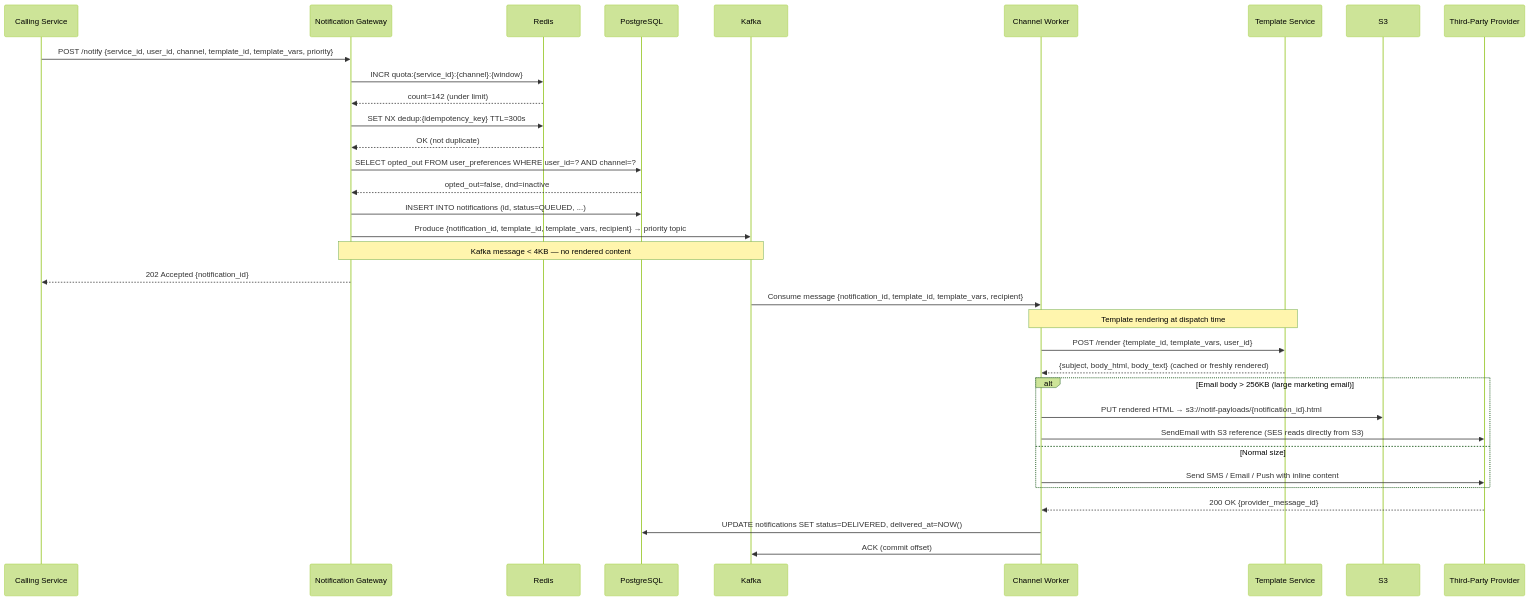
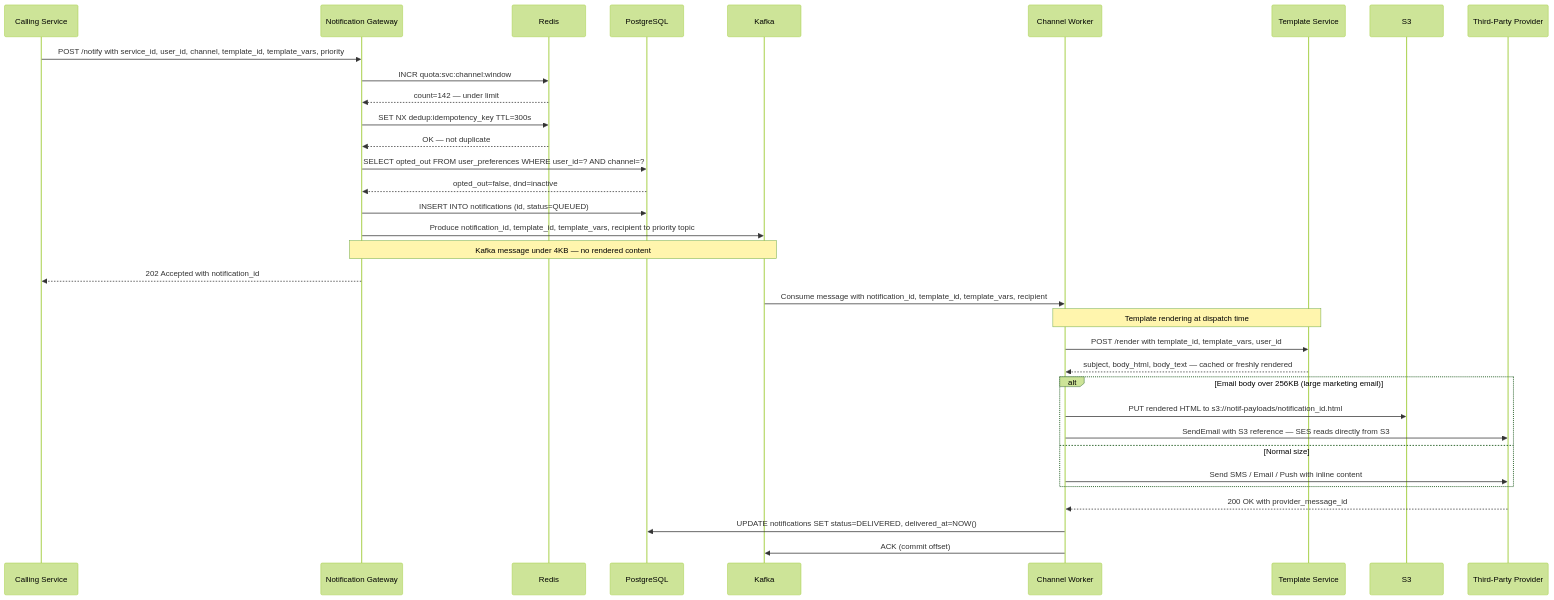
One commit to bindian0509/system-design changed the second of 4 diagrams in notification-service/design/system-architecture.md. Above: the diagram before and after it, drawn with Mermaid (forest theme). The commit also changed other lines of this file and 9 other files, not shown here.

Commit message:
fixing mermaid

````diff
--- a/notification-service/design/system-architecture.md
+++ b/notification-service/design/system-architecture.md
@@ -116,46 +116,46 @@
 ```mermaid
 sequenceDiagram
     participant Caller as Calling Service
     participant GW as Notification Gateway
     participant Redis as Redis
     participant PG as PostgreSQL
     participant Kafka as Kafka
     participant Worker as Channel Worker
     participant TS as Template Service
     participant S3 as S3
     participant Provider as Third-Party Provider
 
-    Caller->>GW: POST /notify {service_id, user_id, channel, template_id, template_vars, priority}
+    Caller->>GW: POST /notify with service_id, user_id, channel, template_id, template_vars, priority
 
-    GW->>Redis: INCR quota:{service_id}:{channel}:{window}
-    Redis-->>GW: count=142 (under limit)
+    GW->>Redis: INCR quota:svc:channel:window
+    Redis-->>GW: count=142 — under limit
 
-    GW->>Redis: SET NX dedup:{idempotency_key} TTL=300s
-    Redis-->>GW: OK (not duplicate)
+    GW->>Redis: SET NX dedup:idempotency_key TTL=300s
+    Redis-->>GW: OK — not duplicate
 
     GW->>PG: SELECT opted_out FROM user_preferences WHERE user_id=? AND channel=?
     PG-->>GW: opted_out=false, dnd=inactive
 
-    GW->>PG: INSERT INTO notifications (id, status=QUEUED, ...)
-    GW->>Kafka: Produce {notification_id, template_id, template_vars, recipient} → priority topic
-    Note over GW,Kafka: Kafka message < 4KB — no rendered content
-    GW-->>Caller: 202 Accepted {notification_id}
+    GW->>PG: INSERT INTO notifications (id, status=QUEUED)
+    GW->>Kafka: Produce notification_id, template_id, template_vars, recipient to priority topic
+    Note over GW,Kafka: Kafka message under 4KB — no rendered content
+    GW-->>Caller: 202 Accepted with notification_id
 
-    Kafka->>Worker: Consume message {notification_id, template_id, template_vars, recipient}
+    Kafka->>Worker: Consume message with notification_id, template_id, template_vars, recipient
 
     Note over Worker,TS: Template rendering at dispatch time
-    Worker->>TS: POST /render {template_id, template_vars, user_id}
-    TS-->>Worker: {subject, body_html, body_text} (cached or freshly rendered)
+    Worker->>TS: POST /render with template_id, template_vars, user_id
+    TS-->>Worker: subject, body_html, body_text — cached or freshly rendered
 
-    alt Email body > 256KB (large marketing email)
-        Worker->>S3: PUT rendered HTML → s3://notif-payloads/{notification_id}.html
-        Worker->>Provider: SendEmail with S3 reference (SES reads directly from S3)
+    alt Email body over 256KB (large marketing email)
+        Worker->>S3: PUT rendered HTML to s3://notif-payloads/notification_id.html
+        Worker->>Provider: SendEmail with S3 reference — SES reads directly from S3
     else Normal size
         Worker->>Provider: Send SMS / Email / Push with inline content
     end
 
-    Provider-->>Worker: 200 OK {provider_message_id}
+    Provider-->>Worker: 200 OK with provider_message_id
 
     Worker->>PG: UPDATE notifications SET status=DELIVERED, delivered_at=NOW()
     Worker->>Kafka: ACK (commit offset)
 ```
````
